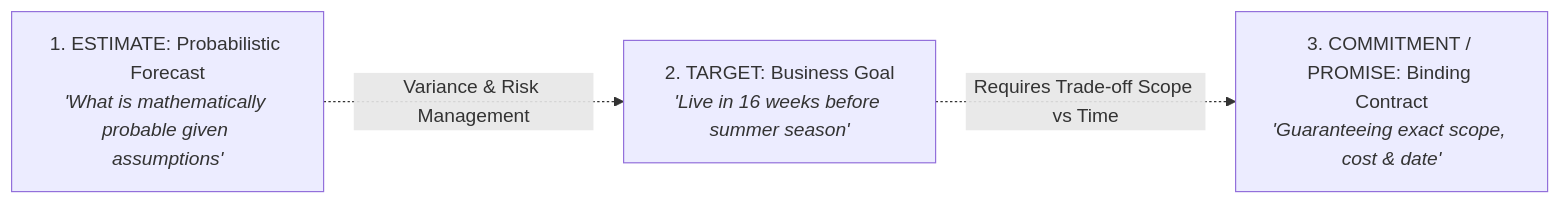
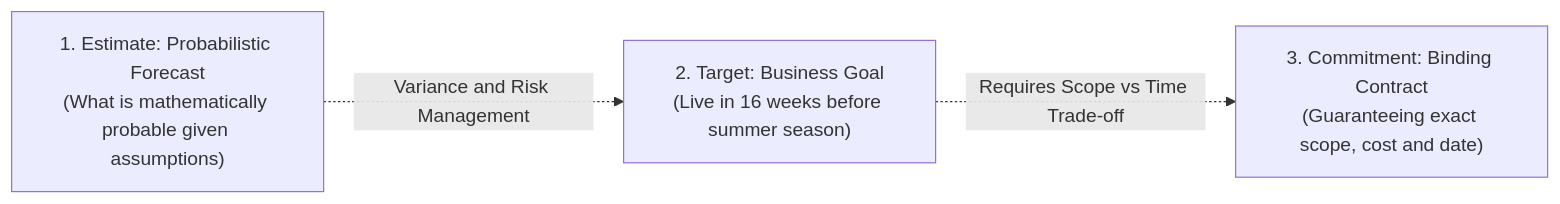
One commit to MSB-io/HomeStay changed the second of 2 diagrams in docs/04_Estimation_Sheet.md. Above: the diagram before and after it, drawn with Mermaid. The commit also changed other lines of this file and 4 other files, not shown here.

Commit message:
Fix(mermaid): resolve GitHub rendering error 'Cannot read properties of undefined (reading type)' in Gantt and network diagrams

````diff
--- a/docs/04_Estimation_Sheet.md
+++ b/docs/04_Estimation_Sheet.md
@@ -154,9 +154,9 @@
 ```mermaid
 graph LR
-    Estimate[1. ESTIMATE: Probabilistic Forecast<br/><i>'What is mathematically probable given assumptions'</i>]
-    Target[2. TARGET: Business Goal<br/><i>'Live in 16 weeks before summer season'</i>]
-    Commitment[3. COMMITMENT / PROMISE: Binding Contract<br/><i>'Guaranteeing exact scope, cost & date'</i>]
+    Estimate["1. Estimate: Probabilistic Forecast<br/>(What is mathematically probable given assumptions)"]
+    Target["2. Target: Business Goal<br/>(Live in 16 weeks before summer season)"]
+    Commitment["3. Commitment: Binding Contract<br/>(Guaranteeing exact scope, cost and date)"]
 
-    Estimate -.->|Variance & Risk Management| Target
-    Target -.->|Requires Trade-off Scope vs Time| Commitment
+    Estimate -.->|"Variance and Risk Management"| Target
+    Target -.->|"Requires Scope vs Time Trade-off"| Commitment
 ```
````
